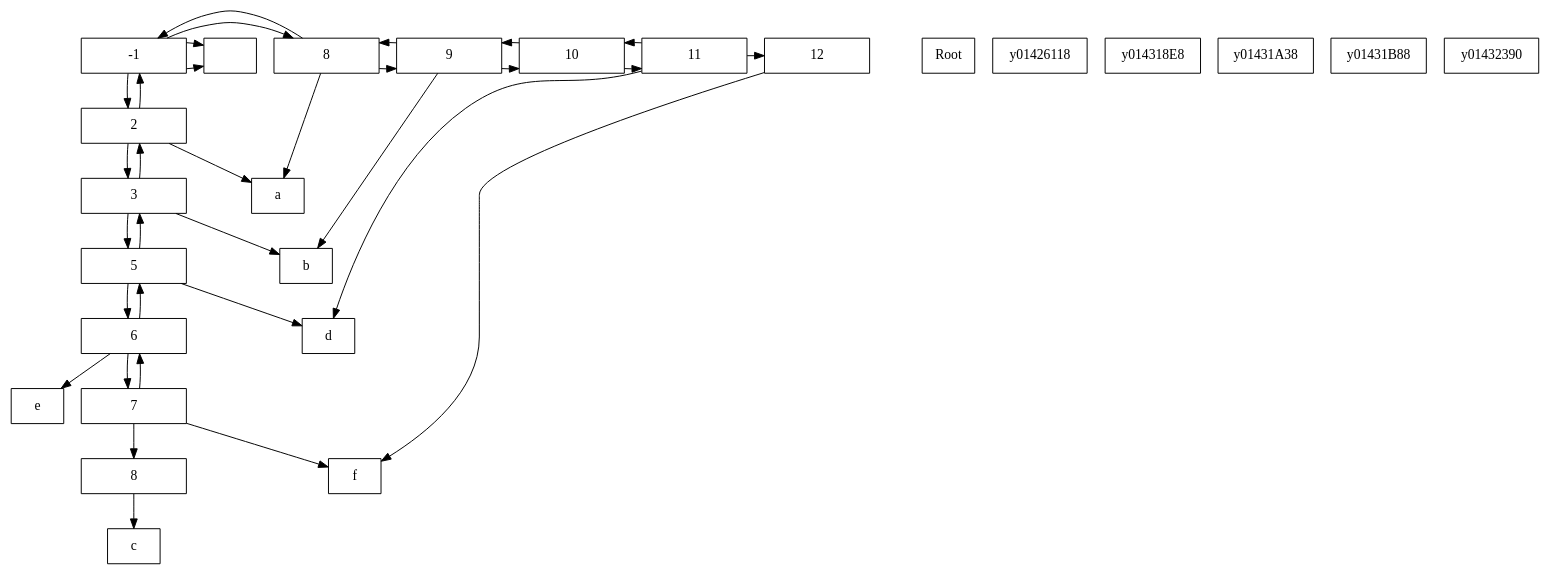
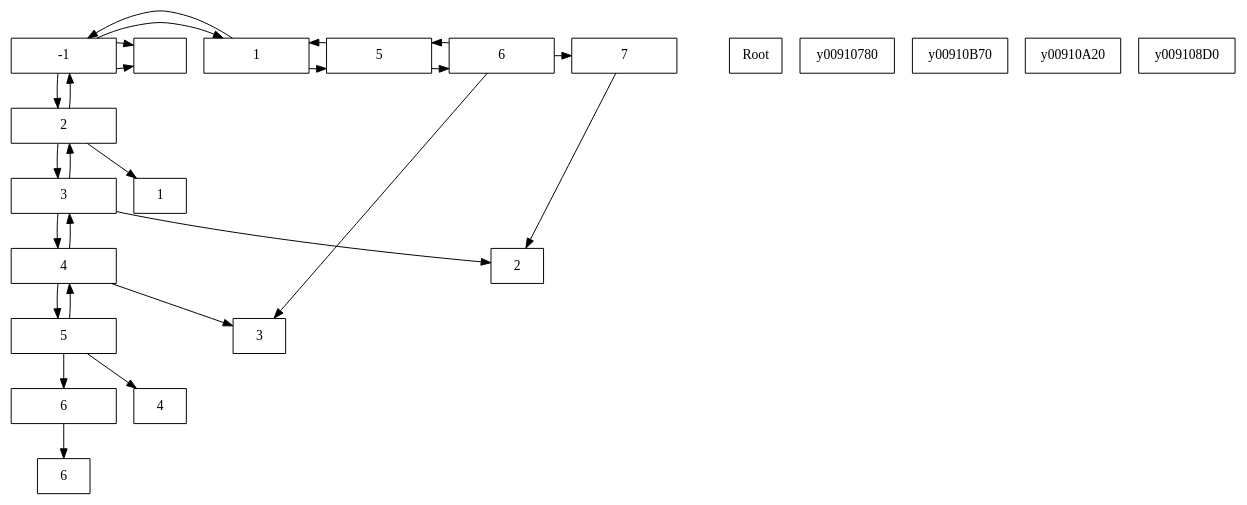
Before and after one commit to MEFM/EDD_1S2020_PY1_201700371: the diagram in Discografia.dot, drawn with Graphviz. The commit also changed 37 other files, not shown here.

```diff
--- a/Discografia.dot
+++ b/Discografia.dot
@@ -1,91 +1,76 @@
 digraph discografia{
 node [shape = rectangle]
-x01426650[label = "-1", width = 1.5, group = 1];
+x00906118[label = "-1", width = 1.5, group = 1];
 e0[ shape = point, width = 0 ];
 e1[ shape = point, width = 0 ];
 
 
-x01426258[label = "2", width = 1.5, group = 1];
+x009107F0[label = "2", width = 1.5, group = 1];
 
 
-x01431958[label = "3", width = 1.5, group = 1];
+x00910940[label = "3", width = 1.5, group = 1];
 
 
-x01431BF8[label = "5", width = 1.5, group = 1];
+x00910A90[label = "4", width = 1.5, group = 1];
 
 
-x01431DE0[label = "6", width = 1.5, group = 1];
+x00910CE8[label = "5", width = 1.5, group = 1];
 
 
-x01431EC0[label = "7", width = 1.5, group = 1];
+x00911148[label = "6", width = 1.5, group = 1];
 
 
-x01431AA8[label = "8", width = 1.5, group = 1];
-
-
-x01426650->x01426258
-x01426258->x01426650
-x01426258->x01431958
-x01431958->x01426258
-x01431958->x01431BF8
-x01431BF8->x01431958
-x01431BF8->x01431DE0
-x01431DE0->x01431BF8
-x01431DE0->x01431EC0
-x01431EC0->x01431DE0
-x01431EC0->x01431AA8
-x01426118[label = "8", width = 1.5, group = 1];
-x014318E8[label = "9", width = 1.5, group = 1];
-x01431A38[label = "10", width = 1.5, group = 1];
-x01431B88[label = "11", width = 1.5, group = 1];
-x01432390[label = "12", width = 1.5, group = 1];
-x01426650->x01426118
-x01426118->x01426650
-x01426118->x014318E8
-x014318E8->x01426118
-x014318E8->x01431A38
-x01431A38->x014318E8
-x01431A38->x01431B88
-x01431B88->x01431A38
-x01431B88->x01432390
+x00906118->x009107F0
+x009107F0->x00906118
+x009107F0->x00910940
+x00910940->x009107F0
+x00910940->x00910A90
+x00910A90->x00910940
+x00910A90->x00910CE8
+x00910CE8->x00910A90
+x00910CE8->x00911148
+x00910780[label = "1", width = 1.5, group = 1];
+x00910B70[label = "5", width = 1.5, group = 1];
+x00910A20[label = "6", width = 1.5, group = 1];
+x009108D0[label = "7", width = 1.5, group = 1];
+x00906118->x00910780
+x00910780->x00906118
+x00910780->x00910B70
+x00910B70->x00910780
+x00910B70->x00910A20
+x00910A20->x00910B70
+x00910A20->x009108D0
 {rank = same; Root
-; x01426650
-; x01426118
-; x014318E8
-; x01431A38
-; x01431B88
-; x01432390
+; x00906118
+; x00910780
+; x00910B70
+; x00910A20
+; x009108D0
 }
 
-x01426650[label = "-1", group = 1]
-x01426118[label = "8", group = 2]
-x014318E8[label = "9", group = 3]
-x01431A38[label = "10", group = 4]
-x01431B88[label = "11", group = 5]
-x01432390[label = "12", group = 6]
-y01426650[label = ""]
-y01426258[label = "a"]
-y01431958[label = "b"]
-y01431BF8[label = "d"]
-y01431DE0[label = "e"]
-y01431EC0[label = "f"]
-y01431AA8[label = "c"]
-x01426650-> y01426650
-x01426650-> y01426650
-x01426258-> y01426258
-x01426118-> y01426258
-x01431958-> y01431958
-x014318E8-> y01431958
-x01431BF8-> y01431BF8
-x01431B88-> y01431BF8
-x01431DE0-> y01431DE0
-x01431EC0-> y01431EC0
-x01432390-> y01431EC0
-x01431AA8-> y01431AA8
-{rank = same; x01426650; y01426650}
-{rank = same; x01426118; y01426118}
-{rank = same; x014318E8; y014318E8}
-{rank = same; x01431A38; y01431A38}
-{rank = same; x01431B88; y01431B88}
-{rank = same; x01432390; y01432390}
+x00906118[label = "-1", group = 1]
+x00910780[label = "1", group = 2]
+x00910B70[label = "5", group = 3]
+x00910A20[label = "6", group = 4]
+x009108D0[label = "7", group = 5]
+y00906118[label = ""]
+y009107F0[label = "1"]
+y00910940[label = "2"]
+y00910A90[label = "3"]
+y00910CE8[label = "4"]
+y00911148[label = "6"]
+x00906118-> y00906118
+x00906118-> y00906118
+x009107F0-> y009107F0
+x00910940-> y00910940
+x009108D0-> y00910940
+x00910A90-> y00910A90
+x00910A20-> y00910A90
+x00910CE8-> y00910CE8
+x00911148-> y00911148
+{rank = same; x00906118; y00906118}
+{rank = same; x00910780; y00910780}
+{rank = same; x00910B70; y00910B70}
+{rank = same; x00910A20; y00910A20}
+{rank = same; x009108D0; y009108D0}
 }
```
